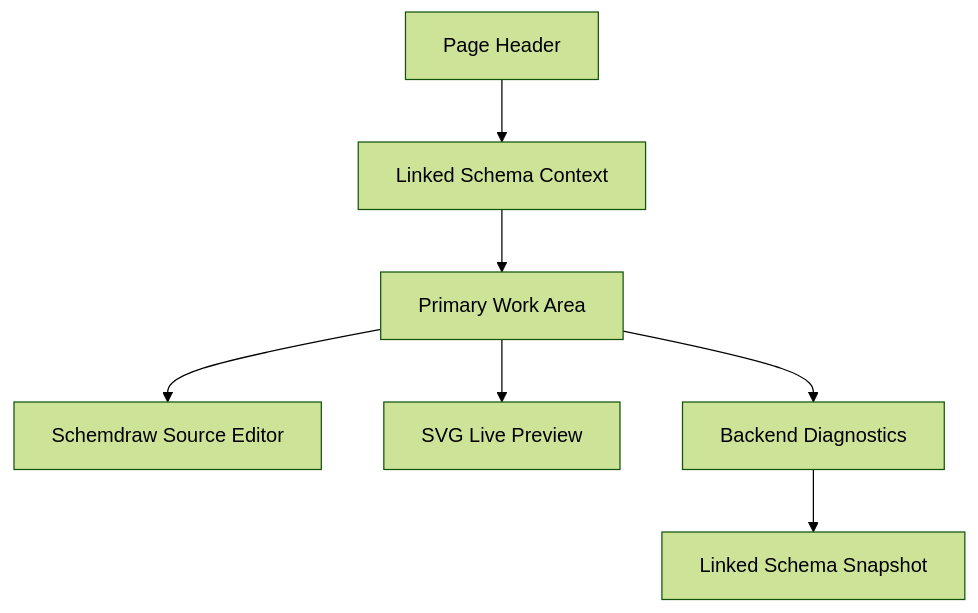
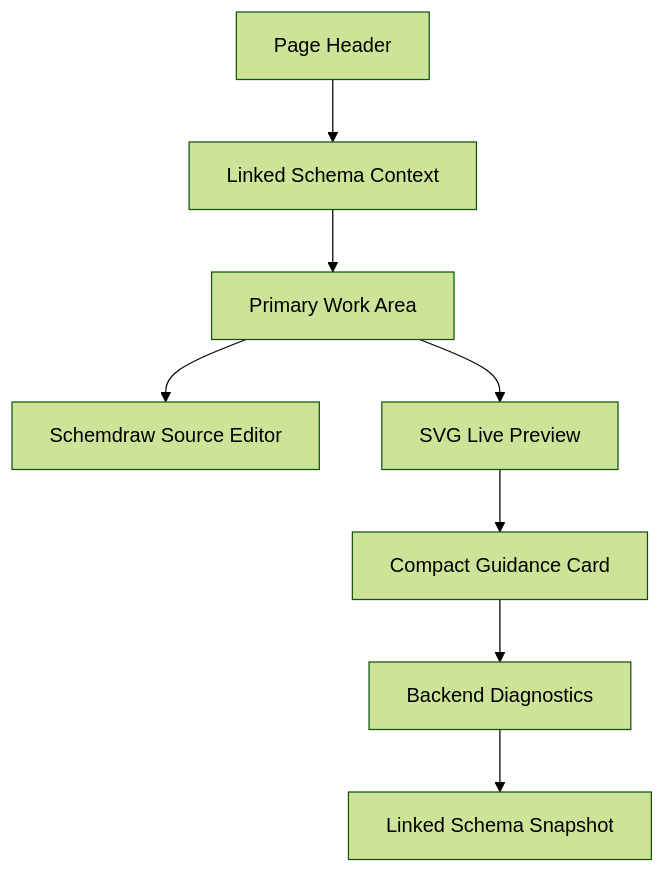
The diagram in docs/reference/app/frontend/research-workflow/schemdraw.md (arfiligol/superconducting-circuits-research-workbench), drawn with Mermaid (forest theme) before and after one commit. The commit also changed other lines of this file and 12 other files, not shown here.

````diff
--- a/docs/reference/app/frontend/research-workflow/schemdraw.md
+++ b/docs/reference/app/frontend/research-workflow/schemdraw.md
@@ -71,9 +73,10 @@
 ```mermaid
 flowchart TD
     Header["Page Header"] --> Context["Linked Schema Context"]
     Context --> Main["Primary Work Area"]
     Main --> Editor["Schemdraw Source Editor"]
     Main --> Preview["SVG Live Preview"]
-    Main --> Diagnostics["Backend Diagnostics"]
+    Preview --> Guidance["Compact Guidance Card"]
+    Guidance --> Diagnostics["Backend Diagnostics"]
     Diagnostics --> Snapshot["Linked Schema Snapshot"]
 ```
````
